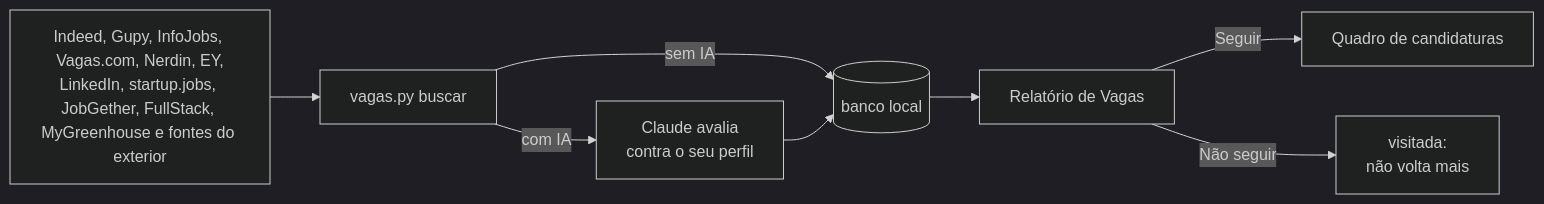
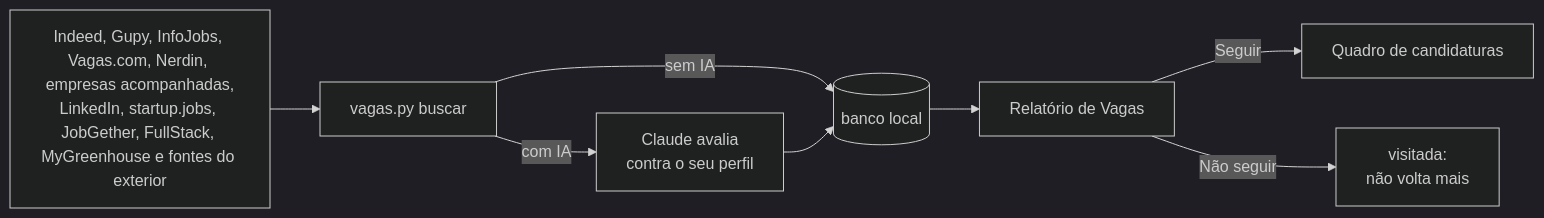
Before and after one commit to SouMarcel/meu-proximo-trampo: the diagram in README.md, drawn with Mermaid (dark theme). The commit also changed other lines of this file and 35 other files, not shown here.

First line of the commit message:
Empresas acompanhadas em qualquer página de vagas (spec 042)

````diff
--- a/README.md
+++ b/README.md
@@ -160,10 +160,10 @@
 ```mermaid
 flowchart LR
-  A[Indeed, Gupy, InfoJobs, Vagas.com, Nerdin, EY,<br/>LinkedIn, startup.jobs, JobGether, FullStack, MyGreenhouse e fontes do exterior] --> B[vagas.py buscar]
+  A[Indeed, Gupy, InfoJobs, Vagas.com, Nerdin, empresas acompanhadas,<br/>LinkedIn, startup.jobs, JobGether, FullStack, MyGreenhouse e fontes do exterior] --> B[vagas.py buscar]
   B -->|sem IA| D[(banco local)]
   B -->|com IA| C[Claude avalia<br/>contra o seu perfil]
   C --> D
   D --> E[Relatório de Vagas]
   E -->|Seguir| F[Quadro de candidaturas]
   E -->|Não seguir| G[visitada:<br/>não volta mais]
 ```
````
